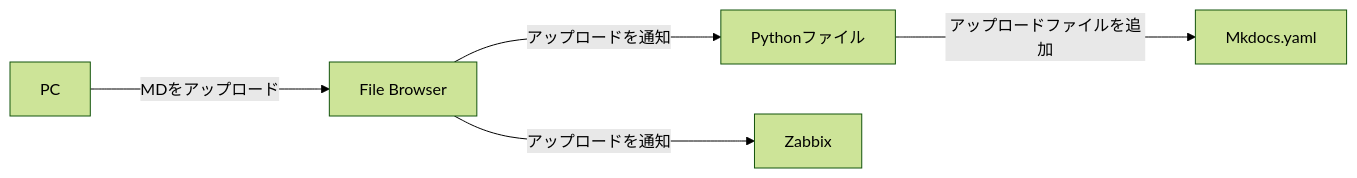
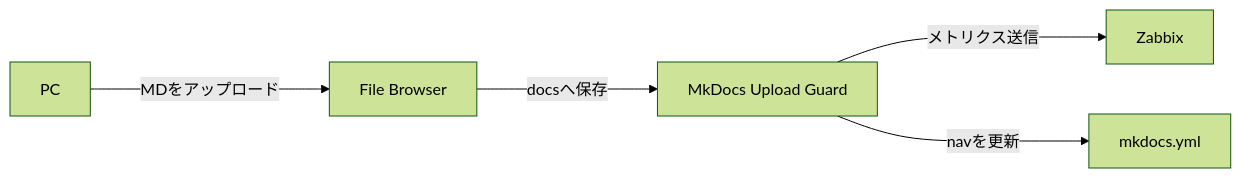
The diagram in 情報通信工学基礎実験 自主課題 構築手順書.md (Aketi-Maika/Aketi-School-LAB), drawn with Mermaid (forest theme) before and after one commit. The commit also changed other lines of this file, not shown here.

````diff
--- a/情報通信工学基礎実験 自主課題 構築手順書.md
+++ b/情報通信工学基礎実験 自主課題 構築手順書.md
@@ -23,7 +23,7 @@
 ```mermaid
 flowchart LR
 A[PC]--MDをアップロード--->B
-B[File Browser]--アップロードを通知--->C
-B--アップロードを通知--->E[Zabbix]
-C[Pythonファイル]--アップロードファイルを追加--->D[Mkdocs.yaml]
+B[File Browser]--docsへ保存--->C
+C[MkDocs Upload Guard]--メトリクス送信--->E[Zabbix]
+C--navを更新--->D[mkdocs.yml]
 ```
````
